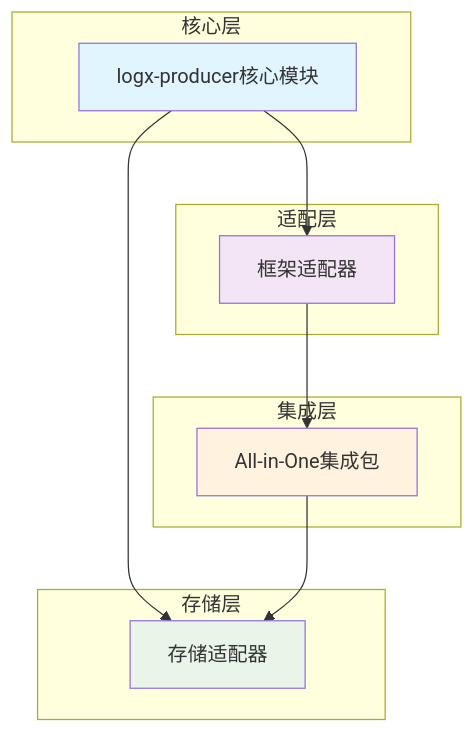
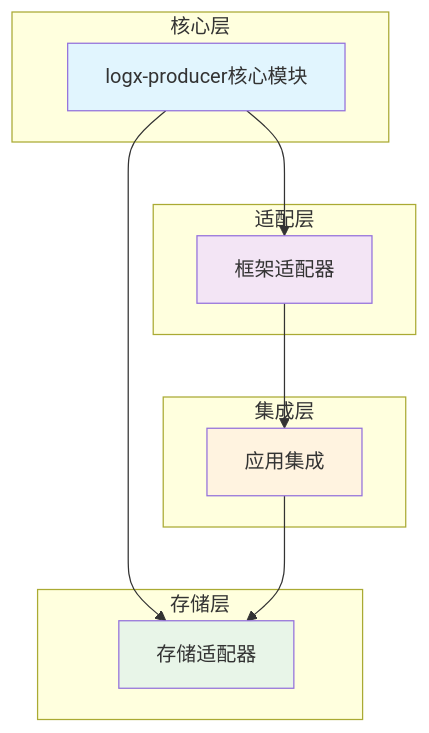
One commit to kzy77/logx-oss-appender changed the fifth of 5 diagrams in docs/technical-presentation.md. Above: the diagram before and after it, drawn with Mermaid. The commit also changed other lines of this file and 21 other files, not shown here.

````diff
--- a/docs/technical-presentation.md
+++ b/docs/technical-presentation.md
@@ -305,28 +312,28 @@
 ```mermaid
 graph TD
     A[logx-producer核心模块] --> B[框架适配器]
-    B --> C[All-in-One集成包]
+    B --> C[应用集成]
     A --> D[存储适配器]
     C --> D
 
     subgraph "核心层"
         A
     end
 
     subgraph "适配层"
         B
     end
 
     subgraph "集成层"
         C
     end
 
     subgraph "存储层"
         D
     end
 
     style A fill:#e1f5fe
     style B fill:#f3e5f5
     style C fill:#fff3e0
     style D fill:#e8f5e8
 ```
````
